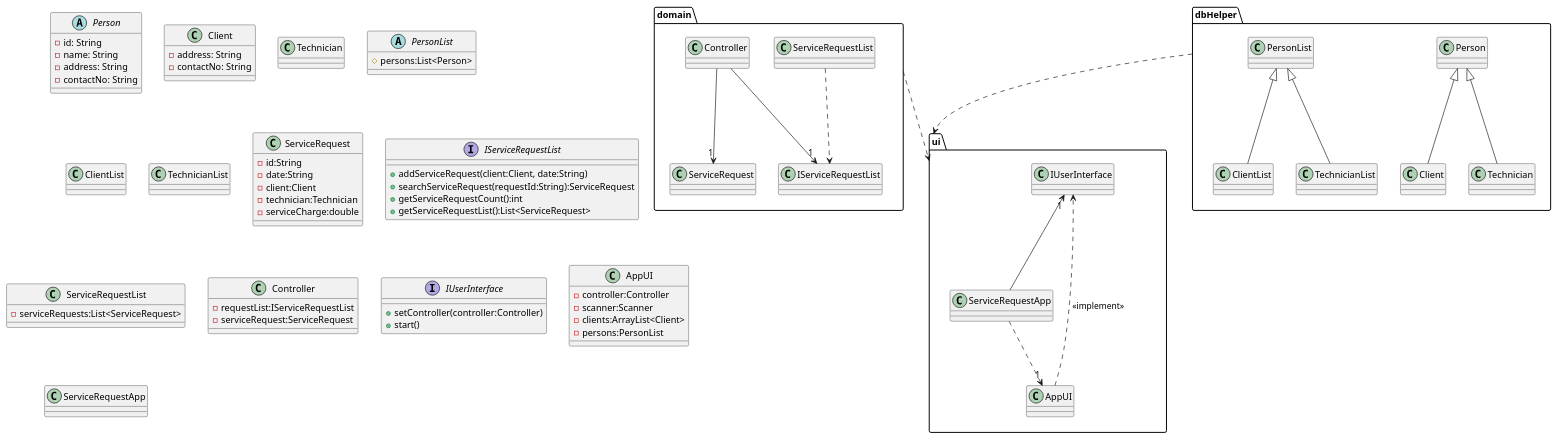
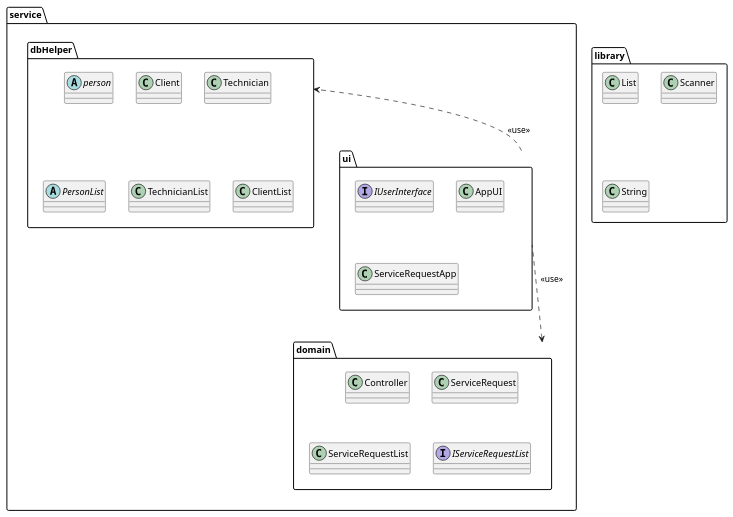
One commit to WLun001/service-request-app changed the diagram in UML/ClassDiagram/PackageDiagram.puml. Above: the diagram before and after it, drawn with PlantUML.

Commit message:
Updated package diagram

```diff
--- a/UML/ClassDiagram/PackageDiagram.puml
+++ b/UML/ClassDiagram/PackageDiagram.puml
@@ -1,92 +1,32 @@
 @startuml
 
-domain .down.> ui
-dbHelper .down.> ui
-package "dbHelper"{
-Person <|-- Client
-Person <|-- Technician
-
-PersonList <|-- ClientList
-PersonList <|-- TechnicianList
+service.ui .up.> service.dbHelper : <<use>>
+service.ui .up.> service.domain : <<use>>
+package "service.dbHelper" {
+ abstract class person
+ class Client
+ class Technician
+ abstract class PersonList
+ class TechnicianList
+ class ClientList
 }
 
-package "domain"{
-class ServiceRequest
-ServiceRequestList ..> "IServiceRequestList"
-
-Controller --> "1"  ServiceRequest
-Controller --> "1" IServiceRequestList
+package "service.domain" {
+ class Controller
+ class ServiceRequest
+ class ServiceRequestList
+ interface IServiceRequestList
 }
 
-
-package "ui" {
-AppUI ..> IUserInterface : <<implement>>
-ServiceRequestApp -up-> "1" IUserInterface
-ServiceRequestApp ..> "1" AppUI
+package "service.ui" {
+ interface IUserInterface
+ class AppUI
+ class ServiceRequestApp
 }
 
-abstract class Person{
- -id: String
- -name: String
- -address: String
- -contactNo: String
-}
+package "library"{
+class List
+class Scanner
+class String
 
-class Client{
- -address: String
- -contactNo: String
-}
-
-class Technician{
-}
-
-abstract class PersonList{
- #persons:List<Person>
-}
-
-class ClientList{
-}
-
-class TechnicianList{
-}
-
-class ServiceRequest{
- -id:String
- -date:String
- -client:Client
- -technician:Technician
- -serviceCharge:double
-}
-
-interface IServiceRequestList{
-+addServiceRequest(client:Client, date:String)
-+searchServiceRequest(requestId:String):ServiceRequest
-+getServiceRequestCount():int
-+getServiceRequestList():List<ServiceRequest>
-}
-
-
-class ServiceRequestList{
- -serviceRequests:List<ServiceRequest>
-}
-
-class Controller{
- -requestList:IServiceRequestList
- -serviceRequest:ServiceRequest
-}
-
-interface IUserInterface{
- +setController(controller:Controller)
- +start()
-}
-
-class AppUI{
- -controller:Controller
- -scanner:Scanner
- -clients:ArrayList<Client>
- -persons:PersonList
-}
-
-class ServiceRequestApp{
-}
 @enduml
```
